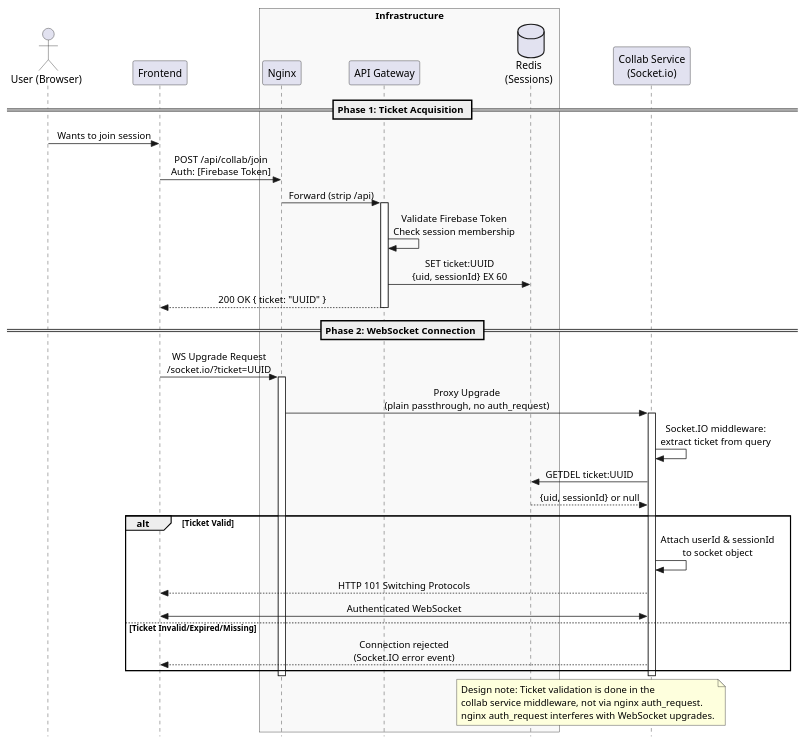
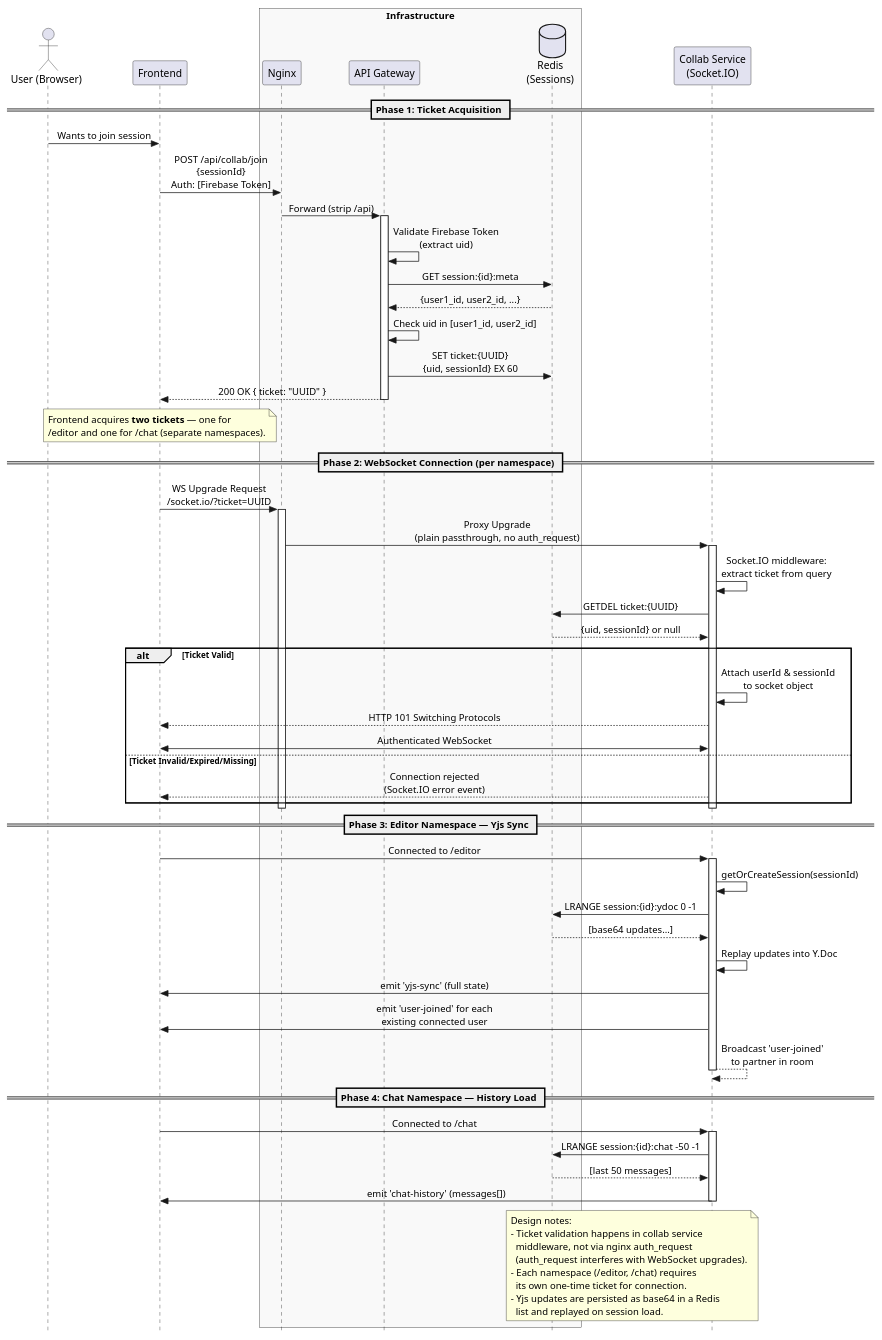
One commit to CS3219-AY2526S2/peerprep-g18 changed the diagram in docs/plantUML/collab.puml. Above: the diagram before and after it, drawn with PlantUML. The commit also changed 8 other files, not shown here.

Commit message:
Fix Bug when user refresh in collab page

```diff
--- a/docs/plantUML/collab.puml
+++ b/docs/plantUML/collab.puml
@@ -1,54 +1,89 @@
 @startuml
 skinparam style strictuml
 skinparam sequenceMessageAlign center
 
 actor "User (Browser)" as User
 participant "Frontend" as FE
 box "Infrastructure" #f9f9f9
     participant "Nginx" as Nginx
-    participant "API Gateway" as Auth
+    participant "API Gateway" as GW
     database "Redis\n(Sessions)" as Redis
 end box
-participant "Collab Service\n(Socket.io)" as Collab
+participant "Collab Service\n(Socket.IO)" as Collab
 
 == Phase 1: Ticket Acquisition ==
 
 User -> FE: Wants to join session
-FE -> Nginx: POST /api/collab/join\nAuth: [Firebase Token]
-Nginx -> Auth: Forward (strip /api)
-activate Auth
-Auth -> Auth: Validate Firebase Token\nCheck session membership
-Auth -> Redis: SET ticket:UUID\n{uid, sessionId} EX 60
-Auth --> FE: 200 OK { ticket: "UUID" }
-deactivate Auth
+FE -> Nginx: POST /api/collab/join\n{sessionId}\nAuth: [Firebase Token]
+Nginx -> GW: Forward (strip /api)
+activate GW
+GW -> GW: Validate Firebase Token\n(extract uid)
+GW -> Redis: GET session:{id}:meta
+Redis --> GW: {user1_id, user2_id, ...}
+GW -> GW: Check uid in [user1_id, user2_id]
+GW -> Redis: SET ticket:{UUID}\n{uid, sessionId} EX 60
+GW --> FE: 200 OK { ticket: "UUID" }
+deactivate GW
 
-== Phase 2: WebSocket Connection ==
+note over FE
+  Frontend acquires **two tickets** — one for
+  /editor and one for /chat (separate namespaces).
+end note
+
+== Phase 2: WebSocket Connection (per namespace) ==
 
 FE -> Nginx: WS Upgrade Request\n/socket.io/?ticket=UUID
 activate Nginx
 Nginx -> Collab: Proxy Upgrade\n(plain passthrough, no auth_request)
 activate Collab
 
 Collab -> Collab: Socket.IO middleware:\nextract ticket from query
 
-Collab -> Redis: GETDEL ticket:UUID
+Collab -> Redis: GETDEL ticket:{UUID}
 Redis --> Collab: {uid, sessionId} or null
 
 alt Ticket Valid
     Collab -> Collab: Attach userId & sessionId\nto socket object
     Collab --> FE: HTTP 101 Switching Protocols
     FE <-> Collab: Authenticated WebSocket
 else Ticket Invalid/Expired/Missing
     Collab --> FE: Connection rejected\n(Socket.IO error event)
 end
 
 deactivate Collab
 deactivate Nginx
 
+== Phase 3: Editor Namespace — Yjs Sync ==
+
+FE -> Collab: Connected to /editor
+activate Collab
+Collab -> Collab: getOrCreateSession(sessionId)
+Collab -> Redis: LRANGE session:{id}:ydoc 0 -1
+Redis --> Collab: [base64 updates...]
+Collab -> Collab: Replay updates into Y.Doc
+Collab -> FE: emit 'yjs-sync' (full state)
+Collab -> FE: emit 'user-joined' for each\nexisting connected user
+Collab --> Collab: Broadcast 'user-joined'\nto partner in room
+deactivate Collab
+
+== Phase 4: Chat Namespace — History Load ==
+
+FE -> Collab: Connected to /chat
+activate Collab
+Collab -> Redis: LRANGE session:{id}:chat -50 -1
+Redis --> Collab: [last 50 messages]
+Collab -> FE: emit 'chat-history' (messages[])
+deactivate Collab
+
 note over Collab, Redis
-  Design note: Ticket validation is done in the
-  collab service middleware, not via nginx auth_request.
-  nginx auth_request interferes with WebSocket upgrades.
+  Design notes:
+  - Ticket validation happens in collab service
+    middleware, not via nginx auth_request
+    (auth_request interferes with WebSocket upgrades).
+  - Each namespace (/editor, /chat) requires
+    its own one-time ticket for connection.
+  - Yjs updates are persisted as base64 in a Redis
+    list and replayed on session load.
 end note
 
 @enduml
```
